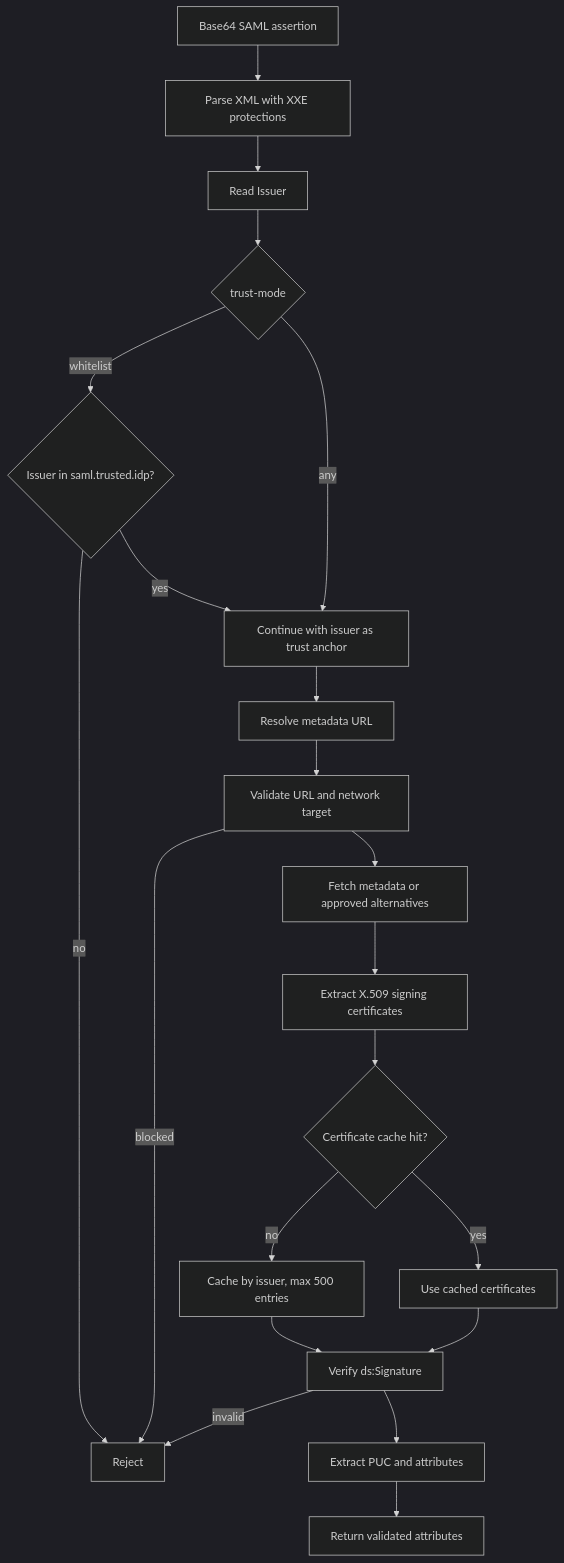
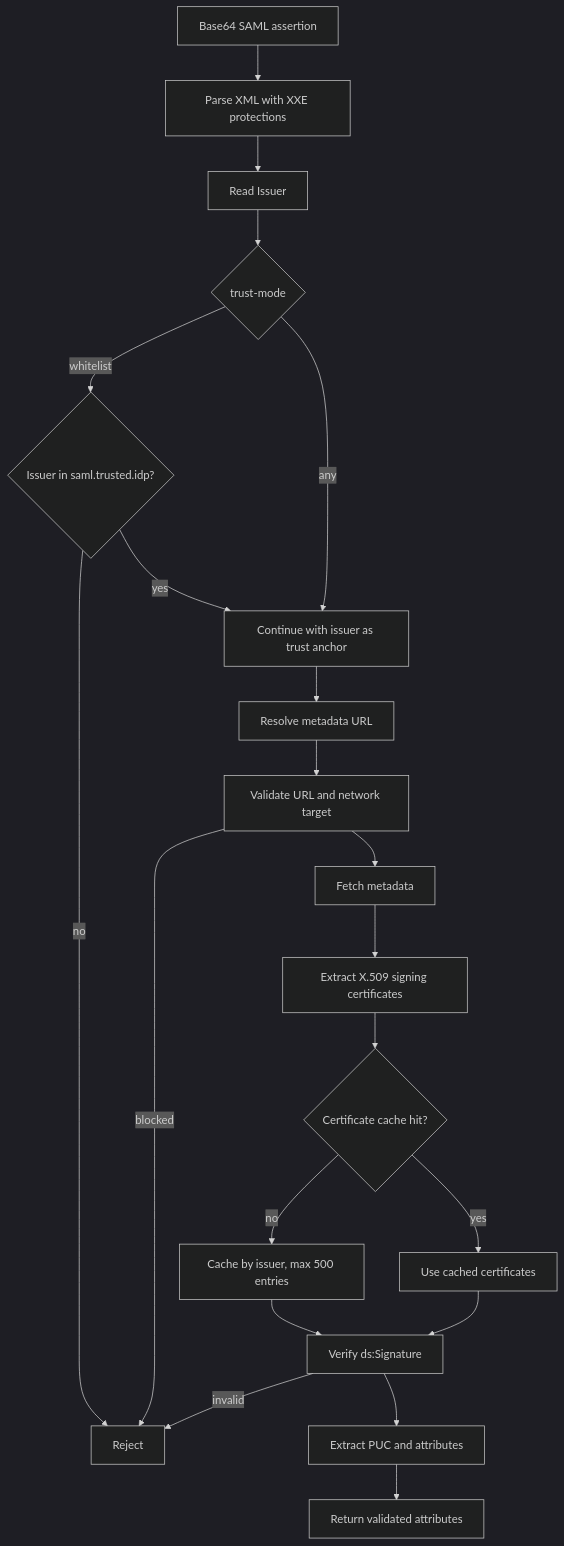
Before and after one commit to DecentraLabsCom/Blockchain-Services: the diagram in docs/security/SAML_AUTO_DISCOVERY.md, drawn with Mermaid (dark theme). The commit also changed other lines of this file and 33 other files, not shown here.

````diff
--- a/docs/security/SAML_AUTO_DISCOVERY.md
+++ b/docs/security/SAML_AUTO_DISCOVERY.md
@@ -9,23 +9,23 @@
 ```mermaid
 flowchart TD
     A[Base64 SAML assertion] --> B[Parse XML with XXE protections]
     B --> C[Read Issuer]
     C --> D{trust-mode}
     D -->|whitelist| E{Issuer in saml.trusted.idp?}
     D -->|any| F[Continue with issuer as trust anchor]
     E -->|no| R[Reject]
     E -->|yes| F
     F --> G[Resolve metadata URL]
     G --> H[Validate URL and network target]
     H -->|blocked| R
-    H --> I[Fetch metadata or approved alternatives]
+    H --> I[Fetch metadata]
     I --> J[Extract X.509 signing certificates]
     J --> K{Certificate cache hit?}
     K -->|no| L[Cache by issuer, max 500 entries]
     K -->|yes| M[Use cached certificates]
     L --> N[Verify ds:Signature]
     M --> N
     N -->|invalid| R
     N --> O[Extract PUC and attributes]
     O --> P[Return validated attributes]
 ```
````
